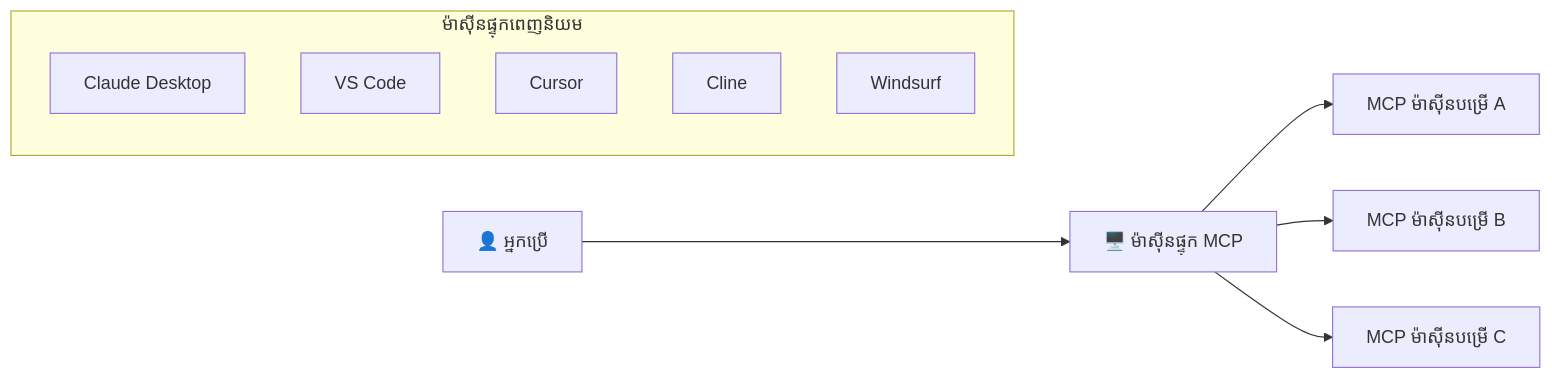
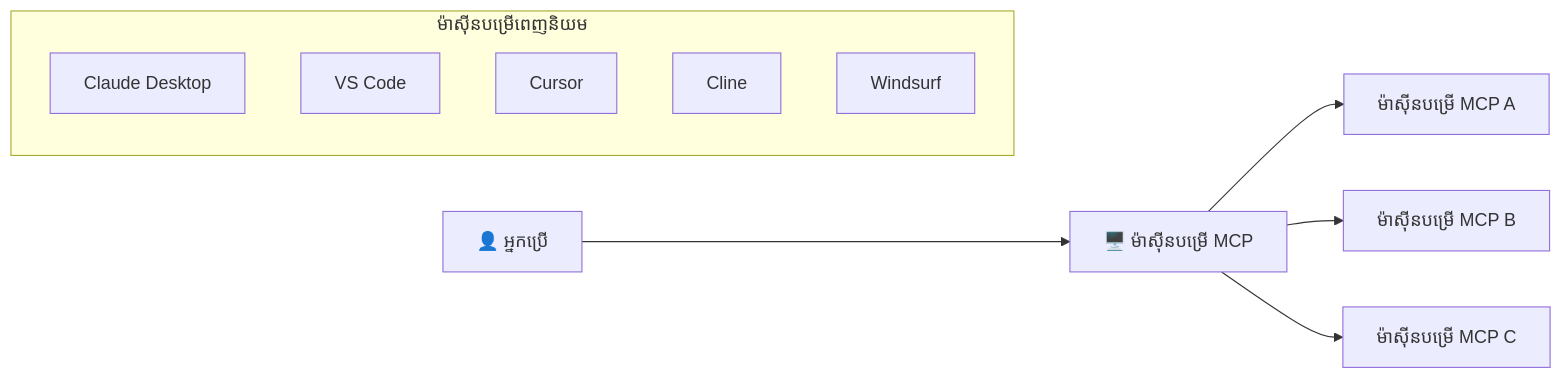
Before and after one commit to microsoft/mcp-for-beginners: the diagram in translations/km/03-GettingStarted/12-mcp-hosts/README.md, drawn with Mermaid. The commit also changed other lines of this file and 43 other files, not shown here.

````diff
--- a/translations/km/03-GettingStarted/12-mcp-hosts/README.md
+++ b/translations/km/03-GettingStarted/12-mcp-hosts/README.md
@@ -9,15 +14,15 @@
 ```mermaid
 flowchart LR
-    User[👤 អ្នកប្រើ] --> Host[🖥️ ម៉ាស៊ីនផ្ទុក MCP]
-    Host --> S1[MCP ម៉ាស៊ីនបម្រើ A]
-    Host --> S2[MCP ម៉ាស៊ីនបម្រើ B]
-    Host --> S3[MCP ម៉ាស៊ីនបម្រើ C]
+    User[👤 អ្នកប្រើ] --> Host[🖥️ ម៉ាស៊ីនបម្រើ MCP]
+    Host --> S1[ម៉ាស៊ីនបម្រើ MCP A]
+    Host --> S2[ម៉ាស៊ីនបម្រើ MCP B]
+    Host --> S3[ម៉ាស៊ីនបម្រើ MCP C]
     
-    subgraph "ម៉ាស៊ីនផ្ទុកពេញនិយម"
+    subgraph "ម៉ាស៊ីនបម្រើពេញនិយម"
         H1[Claude Desktop]
         H2[VS Code]
         H3[Cursor]
         H4[Cline]
         H5[Windsurf]
     end
 ```
````
